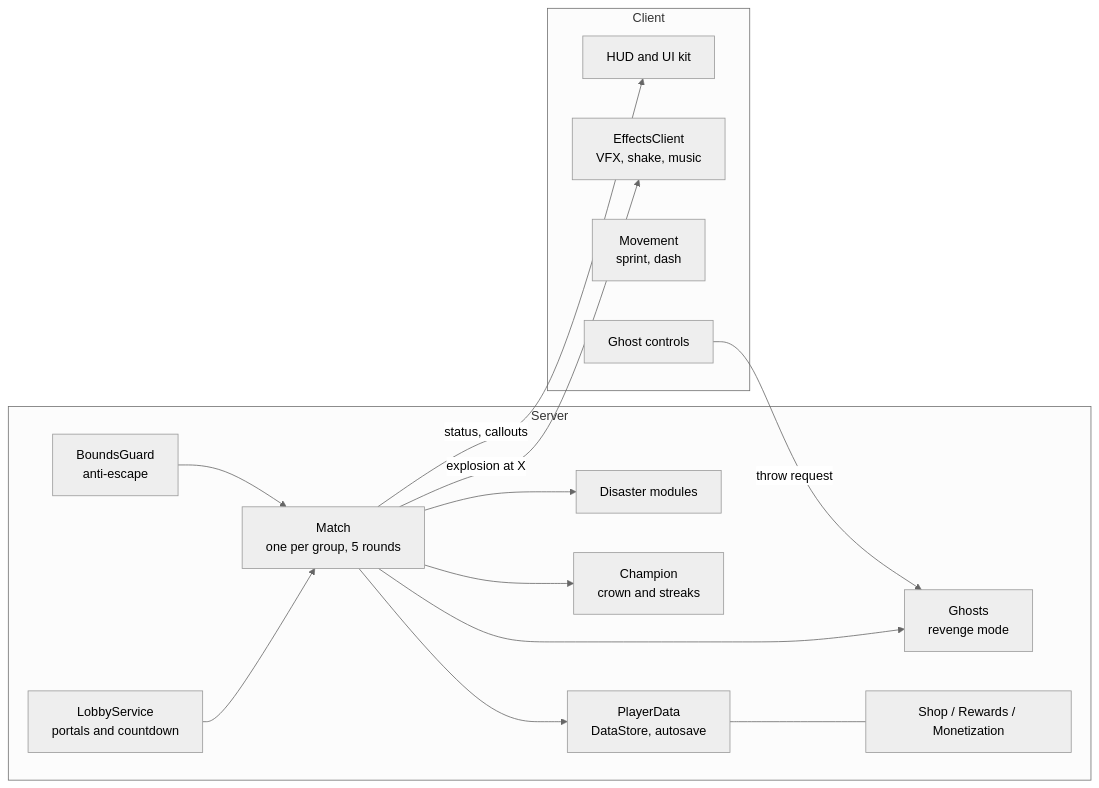
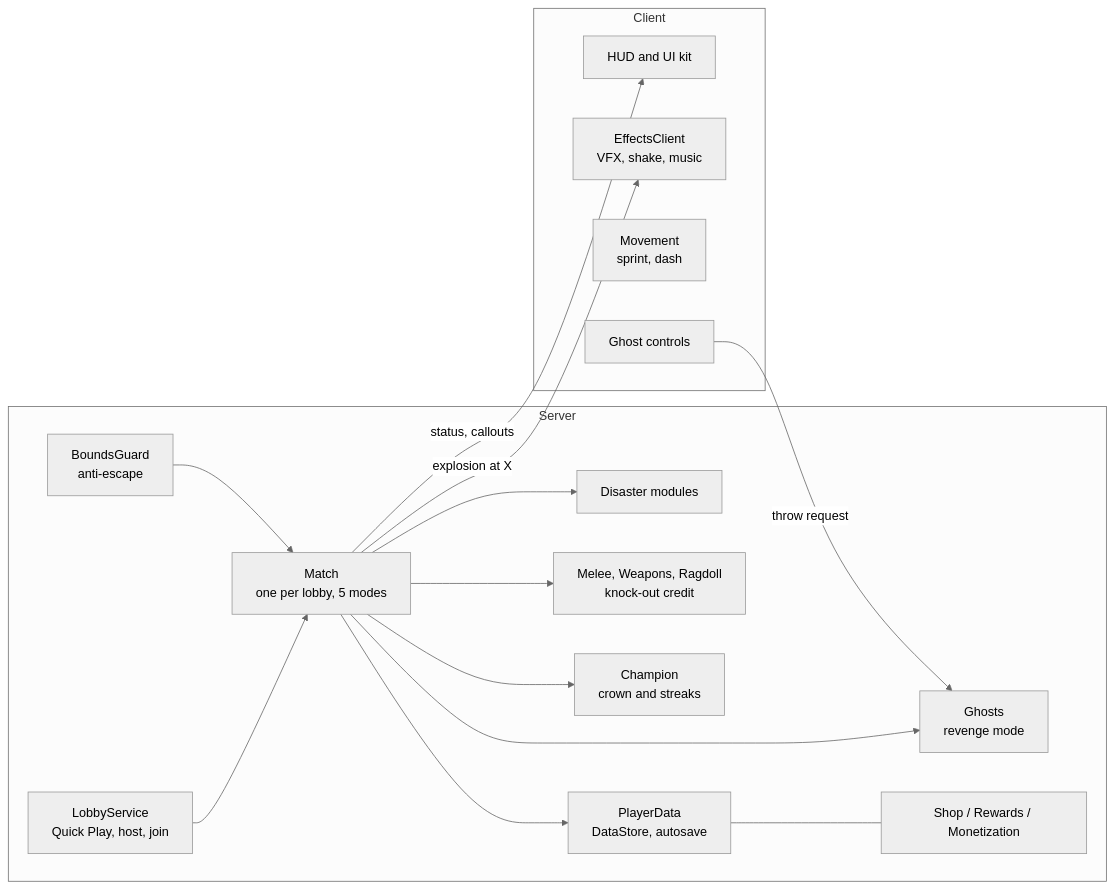
Before and after one commit to SimoGk/SurviveTheChaos-Showcase: the diagram in README.md, drawn with Mermaid (neutral theme). The commit also changed other lines of this file and 16 other files, not shown here.

````diff
--- a/README.md
+++ b/README.md
@@ -71,21 +85,22 @@
 ```mermaid
 flowchart LR
     subgraph Server
-        Lobby[LobbyService<br/>portals and countdown] --> Match
-        Match[Match<br/>one per group, 5 rounds] --> Disasters[Disaster modules]
+        Lobby[LobbyService<br/>Quick Play, host, join] --> Match
+        Match[Match<br/>one per lobby, 5 modes] --> Disasters[Disaster modules]
+        Match --> Combat[Melee, Weapons, Ragdoll<br/>knock-out credit]
         Match --> Ghosts[Ghosts<br/>revenge mode]
         Match --> Champion[Champion<br/>crown and streaks]
         Guard[BoundsGuard<br/>anti-escape] --> Match
         Data[PlayerData<br/>DataStore, autosave] --- Shop[Shop / Rewards / Monetization]
         Match --> Data
     end
     subgraph Client
         HUD[HUD and UI kit]
         FX[EffectsClient<br/>VFX, shake, music]
         Move[Movement<br/>sprint, dash]
         GhostUI[Ghost controls]
     end
     Match -- status, callouts --> HUD
     Match -- "explosion at X" --> FX
     GhostUI -- throw request --> Ghosts
 ```
````
